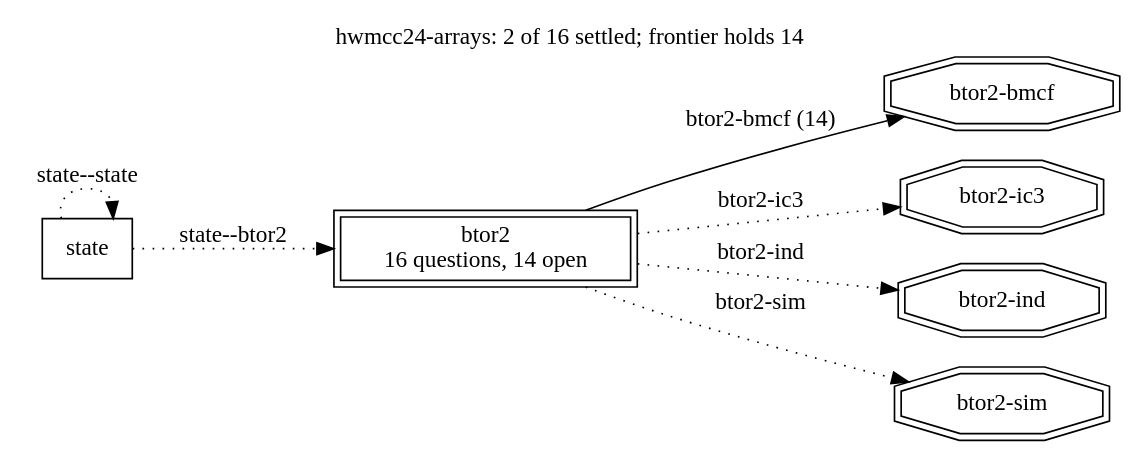
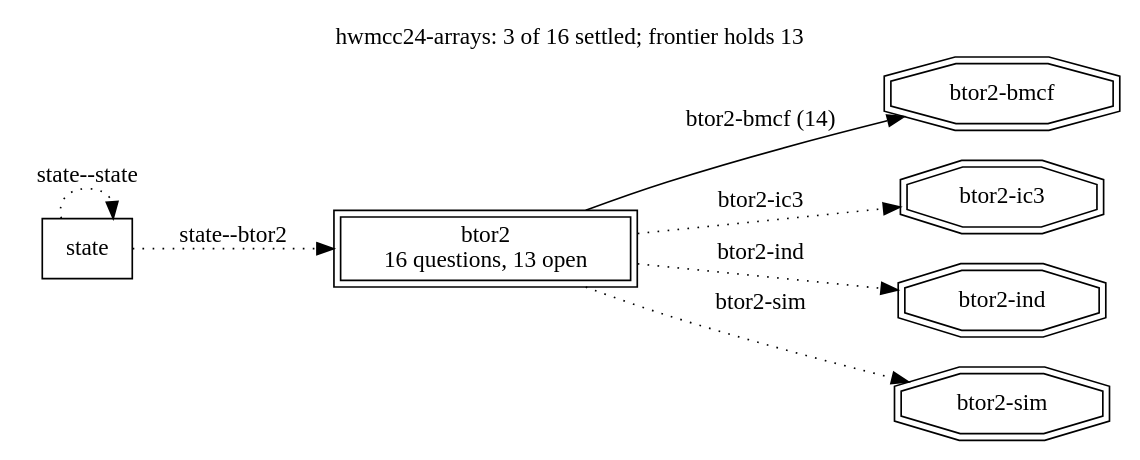
The diagram in runs/hwmcc24-arrays/frontier.dot (cksystemsgroup/hurdy-gurdy), drawn with Graphviz before and after one commit. The commit also changed 22 other files, not shown here.

```diff
--- a/runs/hwmcc24-arrays/frontier.dot
+++ b/runs/hwmcc24-arrays/frontier.dot
@@ -1,17 +1,17 @@
 digraph "hwmcc24-arrays" {
   rankdir=LR; labelloc=t;
-  label="hwmcc24-arrays: 2 of 16 settled; frontier holds 14";
+  label="hwmcc24-arrays: 3 of 16 settled; frontier holds 13";
   node [shape=box];
-  "btor2" [peripheries=2, label="btor2\n16 questions, 14 open"];
+  "btor2" [peripheries=2, label="btor2\n16 questions, 13 open"];
   "state";
   "state" -> "btor2" [style=dotted, label="state--btor2"];
   "state" -> "state" [style=dotted, label="state--state"];
   "terminal:btor2-bmcf" [shape=doubleoctagon, label="btor2-bmcf"];
   "btor2" -> "terminal:btor2-bmcf" [style=solid, label="btor2-bmcf (14)"];
   "terminal:btor2-ic3" [shape=doubleoctagon, label="btor2-ic3"];
   "btor2" -> "terminal:btor2-ic3" [style=dotted, label="btor2-ic3"];
   "terminal:btor2-ind" [shape=doubleoctagon, label="btor2-ind"];
   "btor2" -> "terminal:btor2-ind" [style=dotted, label="btor2-ind"];
   "terminal:btor2-sim" [shape=doubleoctagon, label="btor2-sim"];
   "btor2" -> "terminal:btor2-sim" [style=dotted, label="btor2-sim"];
 }
```
